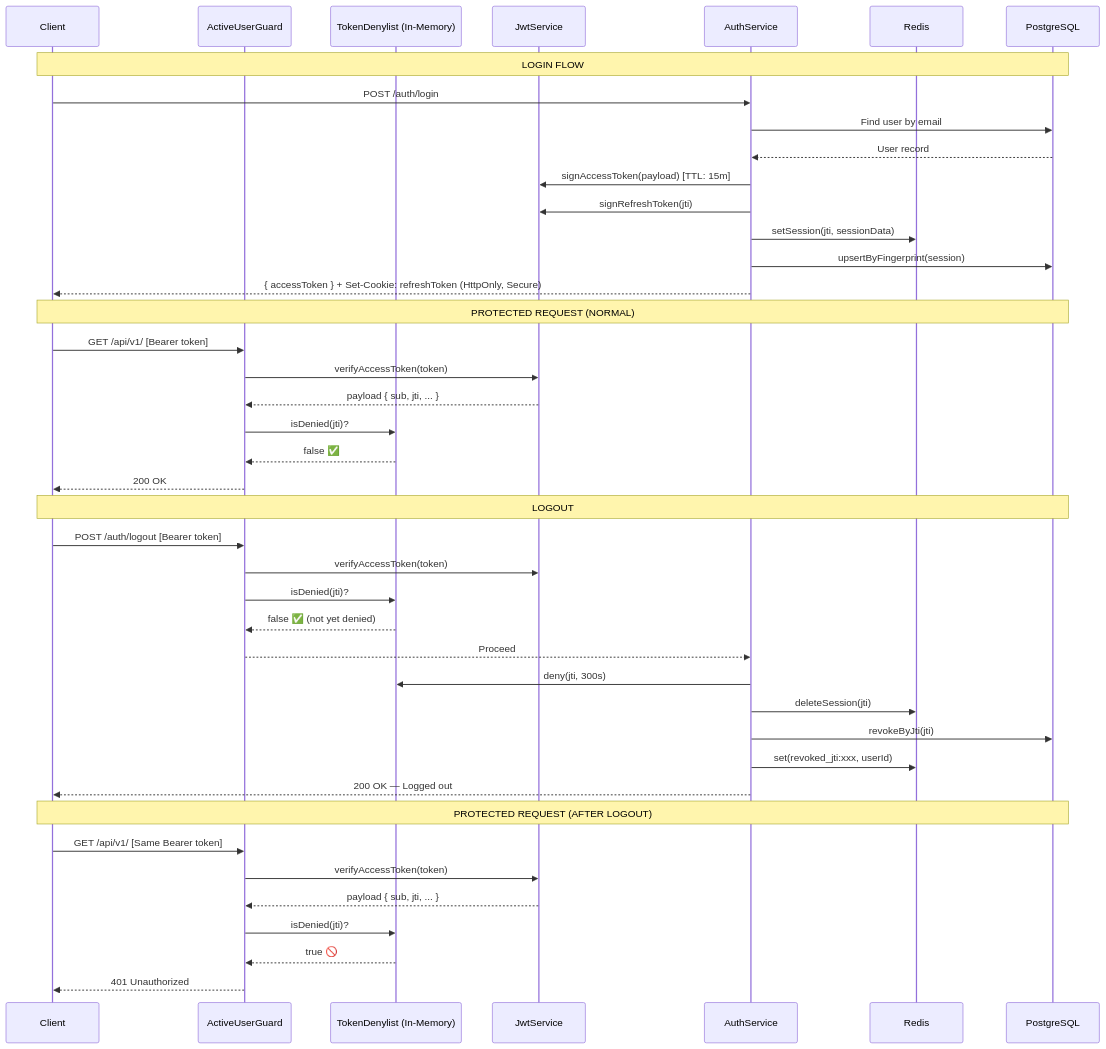
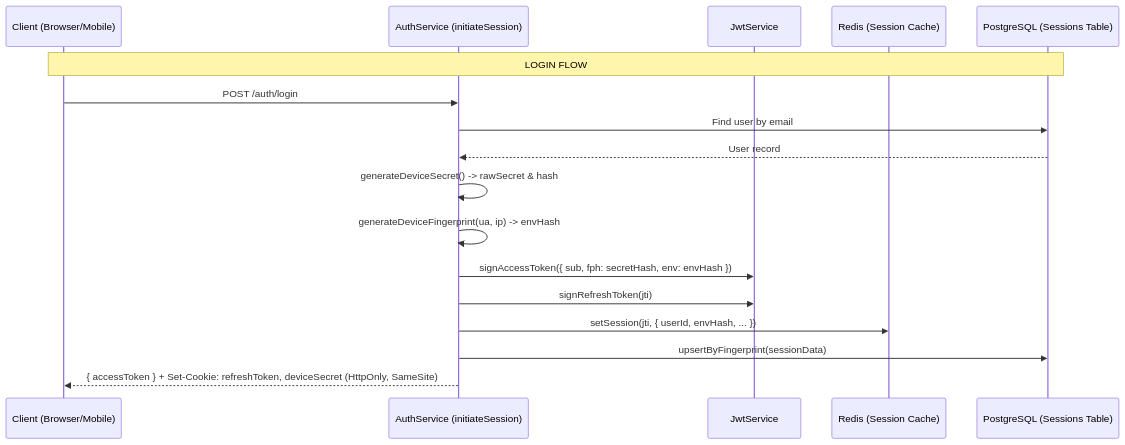
One commit to itsferdiardiansa/ECommerce-Stats changed the first of 2 diagrams in apps/api/docs/auth.md. Above: the diagram before and after it, drawn with Mermaid. The commit also changed other lines of this file, not shown here.

Commit message:
docs(auth): update the auth flow and logic

````diff
--- a/apps/api/docs/auth.md
+++ b/apps/api/docs/auth.md
@@ -5,48 +65,20 @@
 ```mermaid
 sequenceDiagram
-    participant Client as Client
-    participant Guard as ActiveUserGuard
-    participant Denylist as TokenDenylist (In-Memory)
+    participant Client as Client (Browser/Mobile)
+    participant Auth as AuthService (initiateSession)
     participant JWT as JwtService
-    participant Auth as AuthService
-    participant Redis as Redis
-    participant DB as PostgreSQL
+    participant Redis as Redis (Session Cache)
+    participant DB as PostgreSQL (Sessions Table)
 
     Note over Client, DB: LOGIN FLOW
     Client->>Auth: POST /auth/login
     Auth->>DB: Find user by email
     DB-->>Auth: User record
-    Auth->>JWT: signAccessToken(payload) [TTL: 15m]
+    Auth->>Auth: generateDeviceSecret() -> rawSecret & hash
+    Auth->>Auth: generateDeviceFingerprint(ua, ip) -> envHash
+    Auth->>JWT: signAccessToken({ sub, fph: secretHash, env: envHash })
     Auth->>JWT: signRefreshToken(jti)
-    Auth->>Redis: setSession(jti, sessionData)
-    Auth->>DB: upsertByFingerprint(session)
-    Auth-->>Client: { accessToken } + Set-Cookie: refreshToken (HttpOnly, Secure)
-
-    Note over Client, DB: PROTECTED REQUEST (NORMAL)
-    Client->>Guard: GET /api/v1/ [Bearer token]
-    Guard->>JWT: verifyAccessToken(token)
-    JWT-->>Guard: payload { sub, jti, ... }
-    Guard->>Denylist: isDenied(jti)?
-    Denylist-->>Guard: false ✅
-    Guard-->>Client: 200 OK
-
-    Note over Client, DB: LOGOUT
-    Client->>Guard: POST /auth/logout [Bearer token]
-    Guard->>JWT: verifyAccessToken(token)
-    Guard->>Denylist: isDenied(jti)?
-    Denylist-->>Guard: false ✅ (not yet denied)
-    Guard-->>Auth: Proceed
-    Auth->>Denylist: deny(jti, 300s)
-    Auth->>Redis: deleteSession(jti)
-    Auth->>DB: revokeByJti(jti)
-    Auth->>Redis: set(revoked_jti:xxx, userId)
-    Auth-->>Client: 200 OK — Logged out
-
-    Note over Client, DB: PROTECTED REQUEST (AFTER LOGOUT)
-    Client->>Guard: GET /api/v1/ [Same Bearer token]
-    Guard->>JWT: verifyAccessToken(token)
-    JWT-->>Guard: payload { sub, jti, ... }
-    Guard->>Denylist: isDenied(jti)?
-    Denylist-->>Guard: true 🚫
-    Guard-->>Client: 401 Unauthorized
+    Auth->>Redis: setSession(jti, { userId, envHash, ... })
+    Auth->>DB: upsertByFingerprint(sessionData)
+    Auth-->>Client: { accessToken } + Set-Cookie: refreshToken, deviceSecret (HttpOnly, SameSite)
 ```
````
